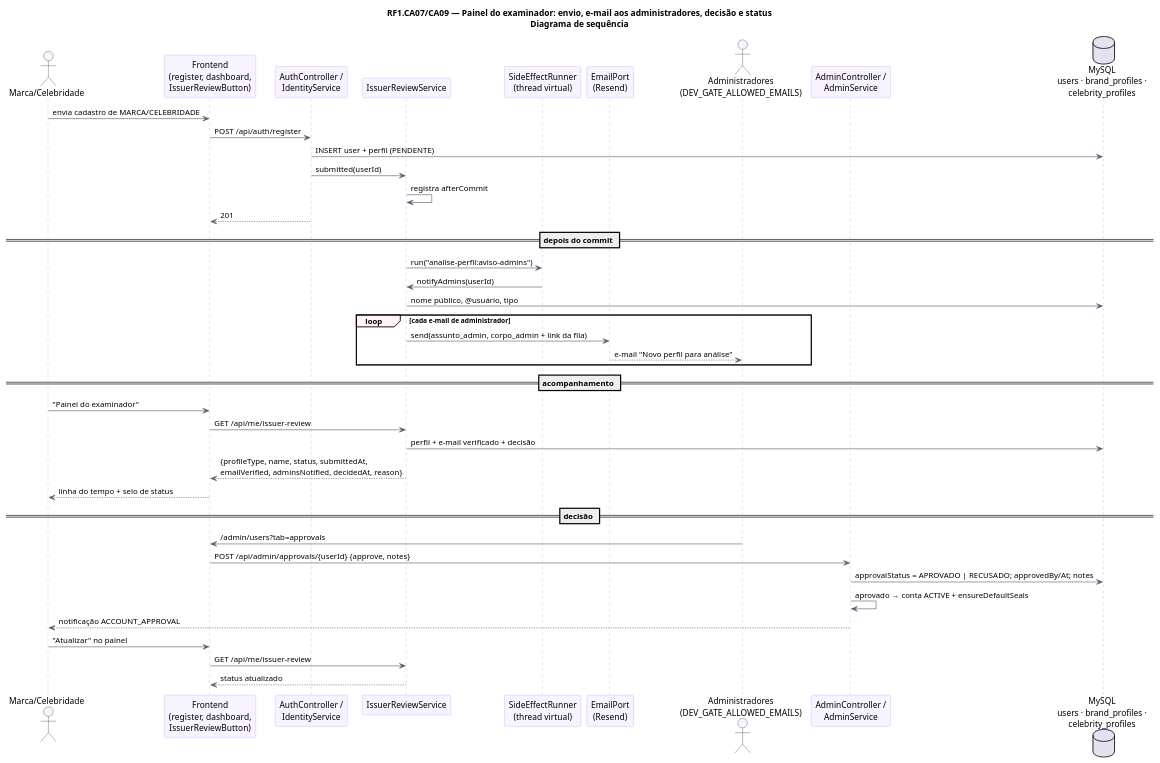
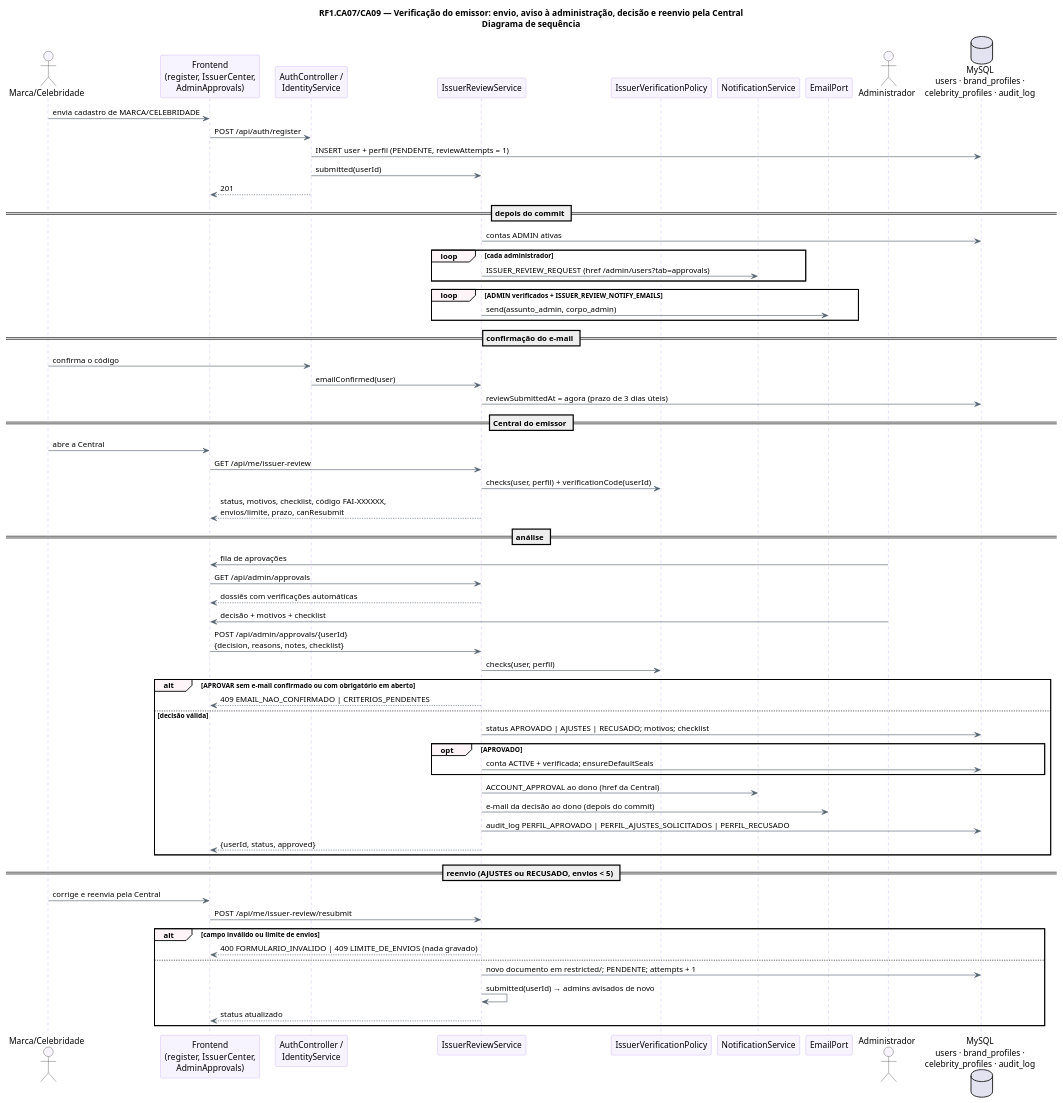
Before and after one commit to MatheusHaliski/tcc-2026-fashion-ai-backend: the diagram in docs/diagramas/RF1-painel-do-examinador/RF1-examinador-sequencia.puml, drawn with PlantUML. The commit also changed 12 other files, not shown here.

First line of the commit message:
Docs: diagramas do RF1 no fluxo atual da verificação do emissor e taxonomia regerada sobre o main

```diff
--- a/docs/diagramas/RF1-painel-do-examinador/RF1-examinador-sequencia.puml
+++ b/docs/diagramas/RF1-painel-do-examinador/RF1-examinador-sequencia.puml
@@ -1,52 +1,74 @@
 @startuml RF1_Examinador_Sequencia
-title RF1.CA07/CA09 — Painel do examinador: envio, e-mail aos administradores, decisão e status\nDiagrama de sequência
+title RF1.CA07/CA09 — Verificação do emissor: envio, aviso à administração, decisão e reenvio pela Central\nDiagrama de sequência
 skinparam backgroundColor #FFFFFF
 skinparam shadowing false
 skinparam sequence {
   ArrowColor #52606D
   LifeLineBorderColor #B695F5
   ParticipantBackgroundColor #F8F4FF
   ParticipantBorderColor #B695F5
   ActorBackgroundColor #F8F4FF
   GroupBackgroundColor #FFF5F8
 }
 actor "Marca/Celebridade" as M
-participant "Frontend\n(register, dashboard,\nIssuerReviewButton)" as F
+participant "Frontend\n(register, IssuerCenter,\nAdminApprovals)" as F
 participant "AuthController /\nIdentityService" as I
 participant "IssuerReviewService" as R
-participant "SideEffectRunner\n(thread virtual)" as X
-participant "EmailPort\n(Resend)" as EM
-actor "Administradores\n(DEV_GATE_ALLOWED_EMAILS)" as A
-participant "AdminController /\nAdminService" as AD
-database "MySQL\nusers · brand_profiles ·\ncelebrity_profiles" as DB
+participant "IssuerVerificationPolicy" as P
+participant "NotificationService" as N
+participant "EmailPort" as EM
+actor "Administrador" as A
+database "MySQL\nusers · brand_profiles ·\ncelebrity_profiles · audit_log" as DB
 
 M -> F : envia cadastro de MARCA/CELEBRIDADE
 F -> I : POST /api/auth/register
-I -> DB : INSERT user + perfil (PENDENTE)
+I -> DB : INSERT user + perfil (PENDENTE, reviewAttempts = 1)
 I -> R : submitted(userId)
-R -> R : registra afterCommit
 I --> F : 201
 == depois do commit ==
-R -> X : run("analise-perfil:aviso-admins")
-X -> R : notifyAdmins(userId)
-R -> DB : nome público, @usuário, tipo
-loop cada e-mail de administrador
-  R -> EM : send(assunto_admin, corpo_admin + link da fila)
-  EM --> A : e-mail "Novo perfil para análise"
+R -> DB : contas ADMIN ativas
+loop cada administrador
+  R -> N : ISSUER_REVIEW_REQUEST (href /admin/users?tab=approvals)
 end
-== acompanhamento ==
-M -> F : "Painel do examinador"
+loop ADMIN verificados + ISSUER_REVIEW_NOTIFY_EMAILS
+  R -> EM : send(assunto_admin, corpo_admin)
+end
+== confirmação do e-mail ==
+M -> I : confirma o código
+I -> R : emailConfirmed(user)
+R -> DB : reviewSubmittedAt = agora (prazo de 3 dias úteis)
+== Central do emissor ==
+M -> F : abre a Central
 F -> R : GET /api/me/issuer-review
-R -> DB : perfil + e-mail verificado + decisão
-R --> F : {profileType, name, status, submittedAt,\nemailVerified, adminsNotified, decidedAt, reason}
-F --> M : linha do tempo + selo de status
-== decisão ==
-A -> F : /admin/users?tab=approvals
-F -> AD : POST /api/admin/approvals/{userId} {approve, notes}
-AD -> DB : approvalStatus = APROVADO | RECUSADO; approvedBy/At; notes
-AD -> AD : aprovado → conta ACTIVE + ensureDefaultSeals
-AD --> M : notificação ACCOUNT_APPROVAL
-M -> F : "Atualizar" no painel
-F -> R : GET /api/me/issuer-review
-R --> F : status atualizado
+R -> P : checks(user, perfil) + verificationCode(userId)
+R --> F : status, motivos, checklist, código FAI-XXXXXX,\nenvios/limite, prazo, canResubmit
+== análise ==
+A -> F : fila de aprovações
+F -> R : GET /api/admin/approvals
+R --> F : dossiês com verificações automáticas
+A -> F : decisão + motivos + checklist
+F -> R : POST /api/admin/approvals/{userId}\n{decision, reasons, notes, checklist}
+R -> P : checks(user, perfil)
+alt APROVAR sem e-mail confirmado ou com obrigatório em aberto
+  R --> F : 409 EMAIL_NAO_CONFIRMADO | CRITERIOS_PENDENTES
+else decisão válida
+  R -> DB : status APROVADO | AJUSTES | RECUSADO; motivos; checklist
+  opt APROVADO
+    R -> DB : conta ACTIVE + verificada; ensureDefaultSeals
+  end
+  R -> N : ACCOUNT_APPROVAL ao dono (href da Central)
+  R -> EM : e-mail da decisão ao dono (depois do commit)
+  R -> DB : audit_log PERFIL_APROVADO | PERFIL_AJUSTES_SOLICITADOS | PERFIL_RECUSADO
+  R --> F : {userId, status, approved}
+end
+== reenvio (AJUSTES ou RECUSADO, envios < 5) ==
+M -> F : corrige e reenvia pela Central
+F -> R : POST /api/me/issuer-review/resubmit
+alt campo inválido ou limite de envios
+  R --> F : 400 FORMULARIO_INVALIDO | 409 LIMITE_DE_ENVIOS (nada gravado)
+else
+  R -> DB : novo documento em restricted/; PENDENTE; attempts + 1
+  R -> R : submitted(userId) → admins avisados de novo
+  R --> F : status atualizado
+end
 @enduml
```
